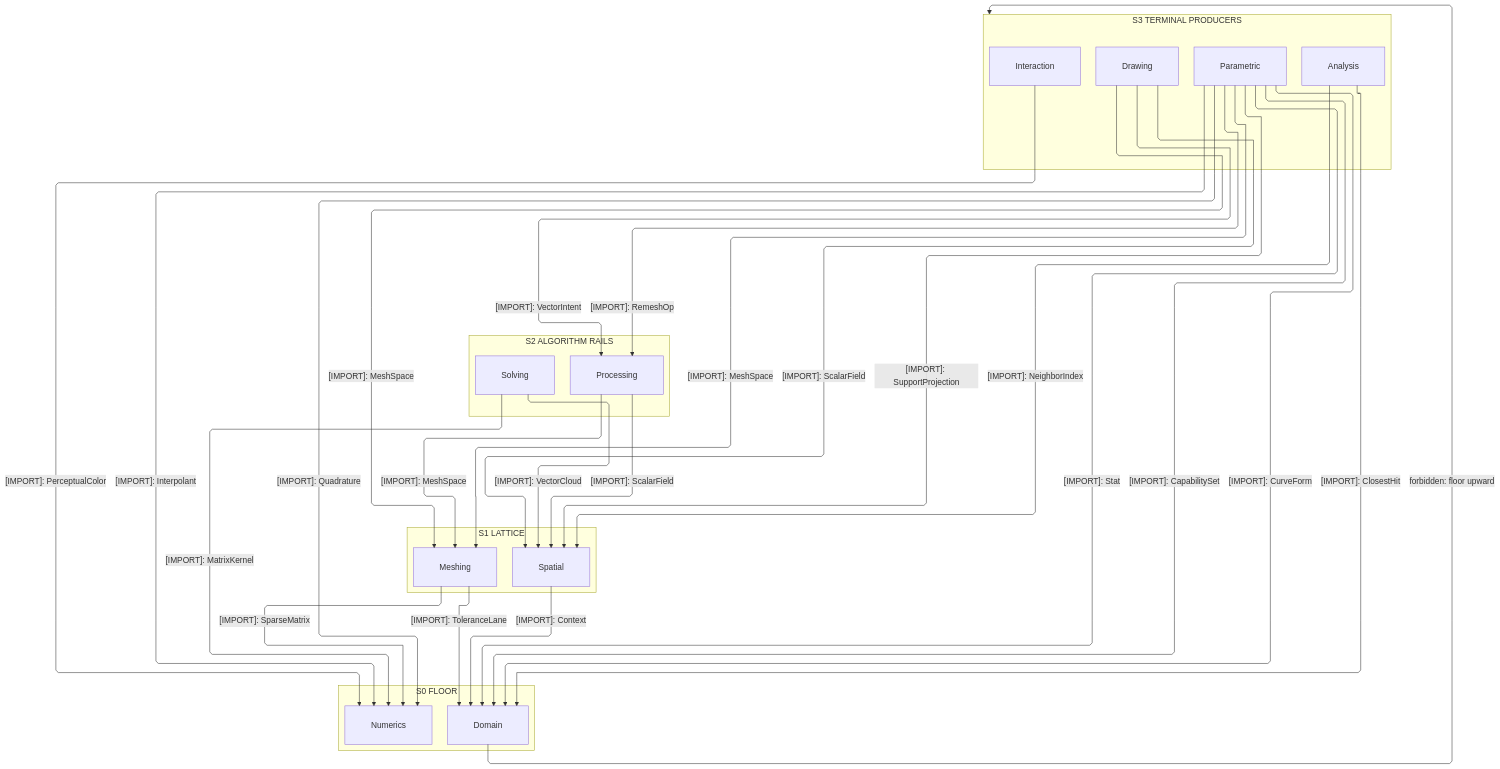
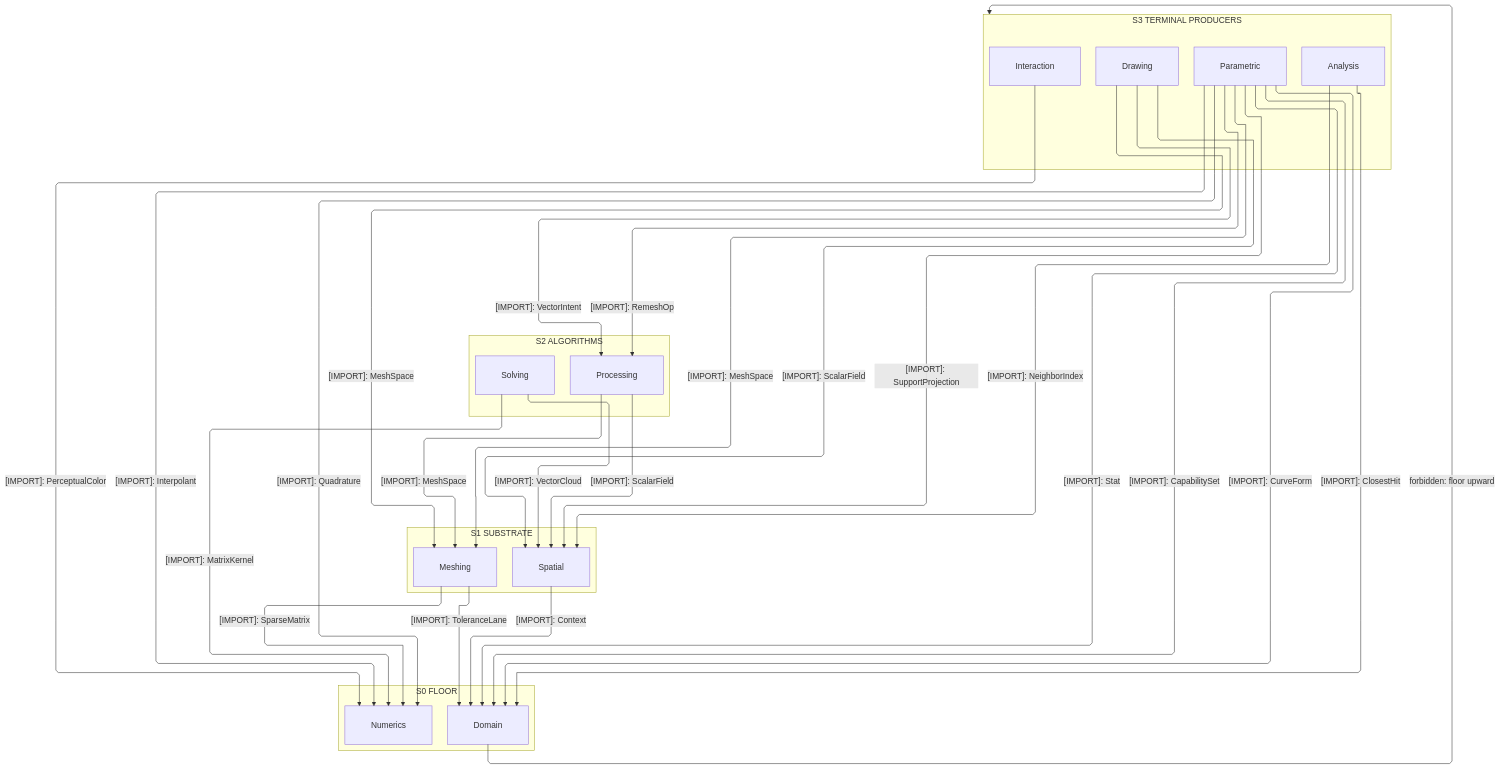
Before and after one commit to bsamiee/Rasm: the first of 4 diagrams in libs/dotnet/Rasm/ARCHITECTURE.md, drawn with Mermaid. The commit also changed other lines of this file and 1997 other files, not shown here.

````diff
--- a/libs/dotnet/Rasm/ARCHITECTURE.md
+++ b/libs/dotnet/Rasm/ARCHITECTURE.md
@@ -116,52 +116,52 @@
 ```mermaid
 ---
 config:
   layout: elk
   flowchart:
     curve: linear
     padding: 25
 ---
 flowchart TB
     accTitle: Rasm kernel interior strata
     accDescr: How each kernel stratum composes the ranks beneath it with no upward import.
     subgraph S3["S3 TERMINAL PRODUCERS"]
         Analysis[Analysis]
         Parametric[Parametric]
         Drawing[Drawing]
         Interaction[Interaction]
     end
-    subgraph S2["S2 ALGORITHM RAILS"]
+    subgraph S2["S2 ALGORITHMS"]
         Solving[Solving]
         Processing[Processing]
     end
-    subgraph S1["S1 LATTICE"]
+    subgraph S1["S1 SUBSTRATE"]
         Meshing[Meshing]
         Spatial[Spatial]
     end
     subgraph S0["S0 FLOOR"]
         Numerics[Numerics]
         Domain[Domain]
     end
     Parametric e1@-->|"[IMPORT]: RemeshOp"| Processing
     Drawing e2@-->|"[IMPORT]: VectorIntent"| Processing
     Parametric e3@-->|"[IMPORT]: MeshSpace"| Meshing
     Drawing e4@-->|"[IMPORT]: MeshSpace"| Meshing
     Drawing e5@-->|"[IMPORT]: ScalarField"| Spatial
     Parametric e6@-->|"[IMPORT]: SupportProjection"| Spatial
     Parametric e7@-->|"[IMPORT]: Interpolant"| Numerics
     Parametric e8@-->|"[IMPORT]: Quadrature"| Numerics
     Parametric e9@-->|"[IMPORT]: Stat"| Domain
     Parametric e10@-->|"[IMPORT]: CapabilitySet"| Domain
     Analysis e11@-->|"[IMPORT]: NeighborIndex"| Spatial
     Analysis e12@-->|"[IMPORT]: ClosestHit"| Domain
     Parametric e13@-->|"[IMPORT]: CurveForm"| Domain
     Processing e14@-->|"[IMPORT]: MeshSpace"| Meshing
     Processing e15@-->|"[IMPORT]: ScalarField"| Spatial
     Solving e16@-->|"[IMPORT]: MatrixKernel"| Numerics
     Solving e17@-->|"[IMPORT]: VectorCloud"| Spatial
     Meshing e18@-->|"[IMPORT]: SparseMatrix"| Numerics
     Meshing e19@-->|"[IMPORT]: ToleranceLane"| Domain
     Spatial e20@-->|"[IMPORT]: Context"| Domain
     Interaction e21@-->|"[IMPORT]: PerceptualColor"| Numerics
     Domain f1@-->|"forbidden: floor upward"| S3
 ```
````
